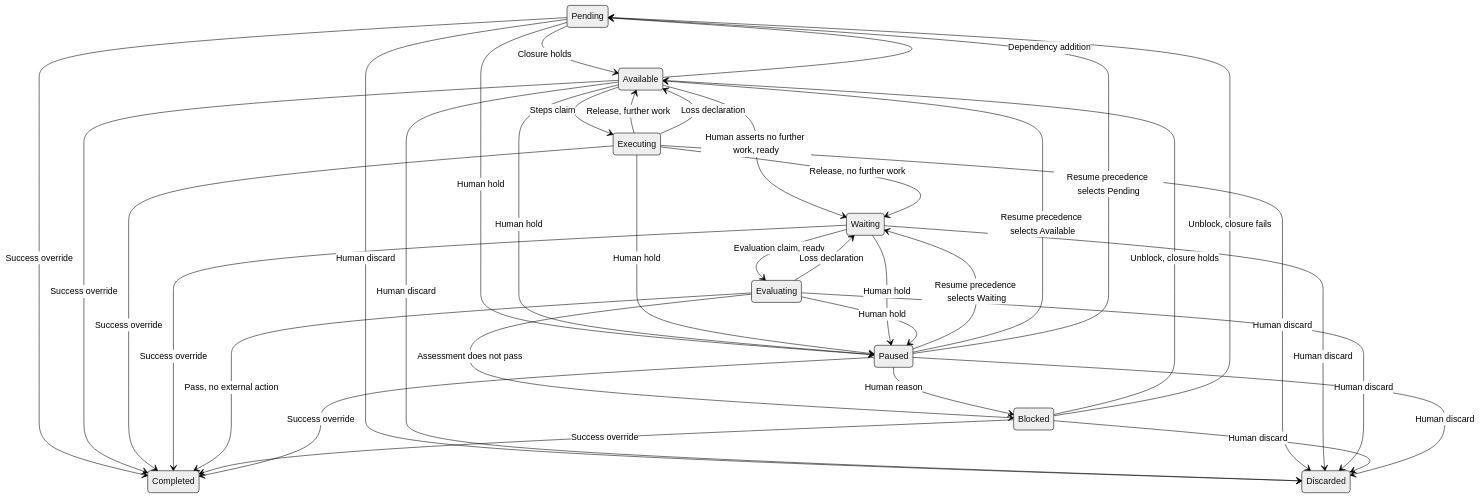
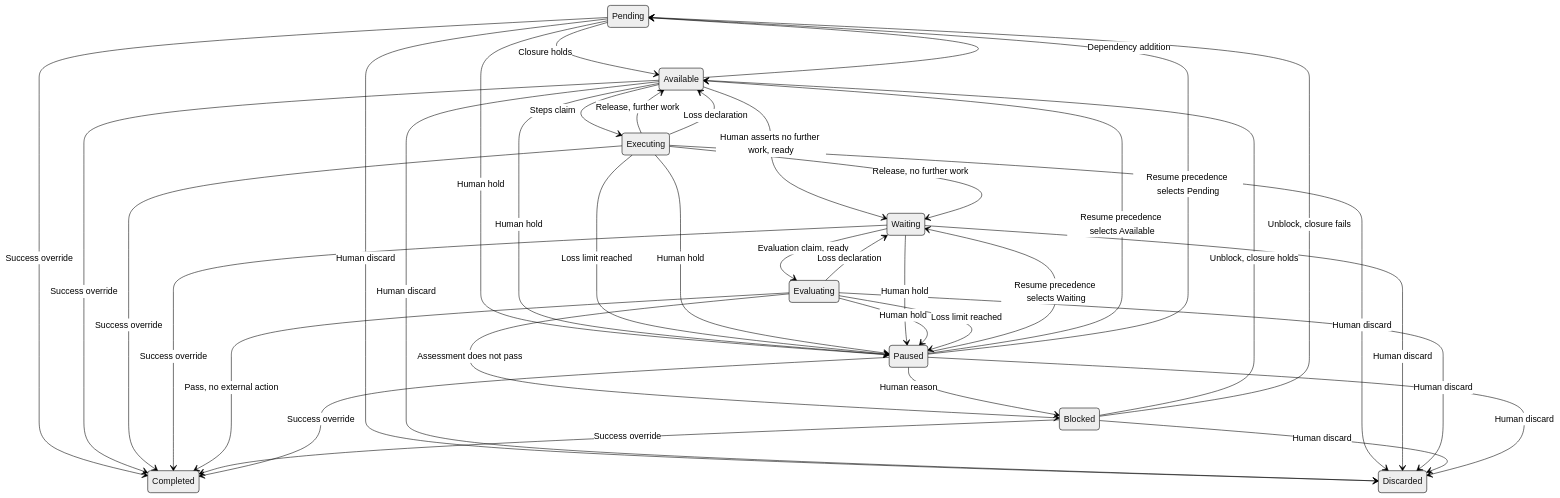
One commit to kanthorlabs/kanthord changed the first of 2 diagrams in docs/brainstorm/mission-service.md. Above: the diagram before and after it, drawn with Mermaid (neutral theme). The commit also changed other lines of this file and 3 other files, not shown here.

````diff
--- a/docs/brainstorm/mission-service.md
+++ b/docs/brainstorm/mission-service.md
@@ -626,38 +637,40 @@
 ```mermaid
 stateDiagram-v2
     Pending --> Available: Closure holds
     Pending --> Paused: Human hold
     Pending --> Completed: Success override
     Pending --> Discarded: Human discard
     Available --> Executing: Steps claim
     Available --> Waiting: Human asserts no further work, ready
     Available --> Pending: Dependency addition
     Available --> Paused: Human hold
     Available --> Completed: Success override
     Available --> Discarded: Human discard
     Executing --> Waiting: Release, no further work
     Executing --> Available: Release, further work
     Executing --> Available: Loss declaration
+    Executing --> Paused: Loss limit reached
     Executing --> Paused: Human hold
     Executing --> Completed: Success override
     Executing --> Discarded: Human discard
     Waiting --> Evaluating: Evaluation claim, ready
     Waiting --> Paused: Human hold
     Waiting --> Completed: Success override
     Waiting --> Discarded: Human discard
     Evaluating --> Completed: Pass, no external action
     Evaluating --> Blocked: Assessment does not pass
     Evaluating --> Paused: Human hold
     Evaluating --> Discarded: Human discard
     Evaluating --> Waiting: Loss declaration
+    Evaluating --> Paused: Loss limit reached
     Blocked --> Available: Unblock, closure holds
     Blocked --> Pending: Unblock, closure fails
     Blocked --> Completed: Success override
     Blocked --> Discarded: Human discard
     Paused --> Waiting: Resume precedence selects Waiting
     Paused --> Available: Resume precedence selects Available
     Paused --> Pending: Resume precedence selects Pending
     Paused --> Blocked: Human reason
     Paused --> Completed: Success override
     Paused --> Discarded: Human discard
 ```
````
